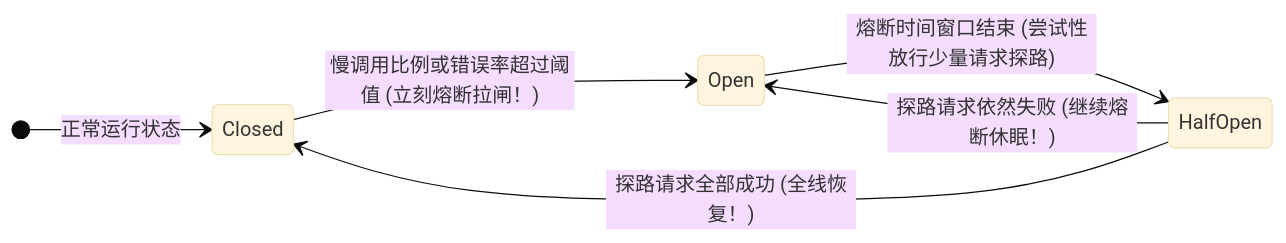
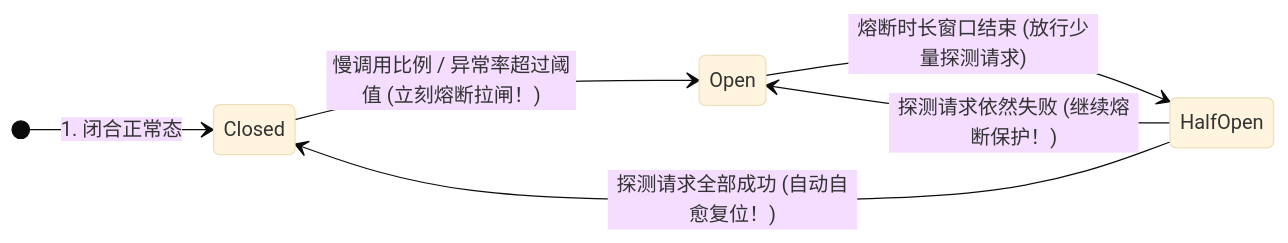
Before and after one commit to GuoWWWX/knowledge-base: the fourth of 4 diagrams in 20-Java后端/04-Spring生态/08-SpringCloud组件概览.md, drawn with Mermaid (base theme). The commit also changed other lines of this file and 234 other files, not shown here.

````diff
--- a/20-Java后端/04-Spring生态/08-SpringCloud组件概览.md
+++ b/20-Java后端/04-Spring生态/08-SpringCloud组件概览.md
@@ -98,9 +209,9 @@
 ```mermaid
 stateDiagram-v2
     direction LR
-    [*] --> Closed: 正常运行状态
-    Closed --> Open: 慢调用比例或错误率超过阈值 (立刻熔断拉闸！)
-    Open --> HalfOpen: 熔断时间窗口结束 (尝试性放行少量请求探路)
-    HalfOpen --> Closed: 探路请求全部成功 (全线恢复！)
-    HalfOpen --> Open: 探路请求依然失败 (继续熔断休眠！)
+    [*] --> Closed: 1. 闭合正常态
+    Closed --> Open: 慢调用比例 / 异常率超过阈值 (立刻熔断拉闸！)
+    Open --> HalfOpen: 熔断时长窗口结束 (放行少量探测请求)
+    HalfOpen --> Closed: 探测请求全部成功 (自动自愈复位！)
+    HalfOpen --> Open: 探测请求依然失败 (继续熔断保护！)
 ```
````
